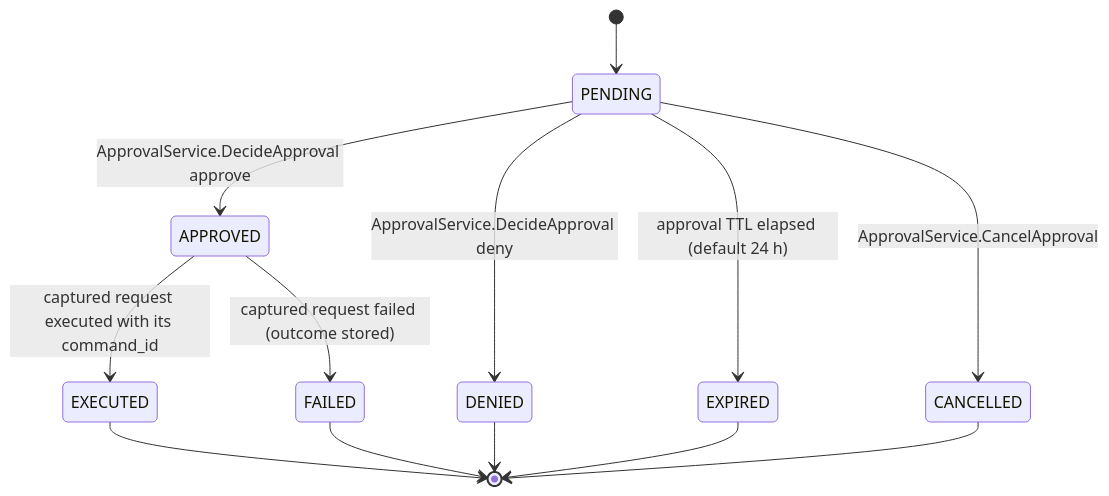
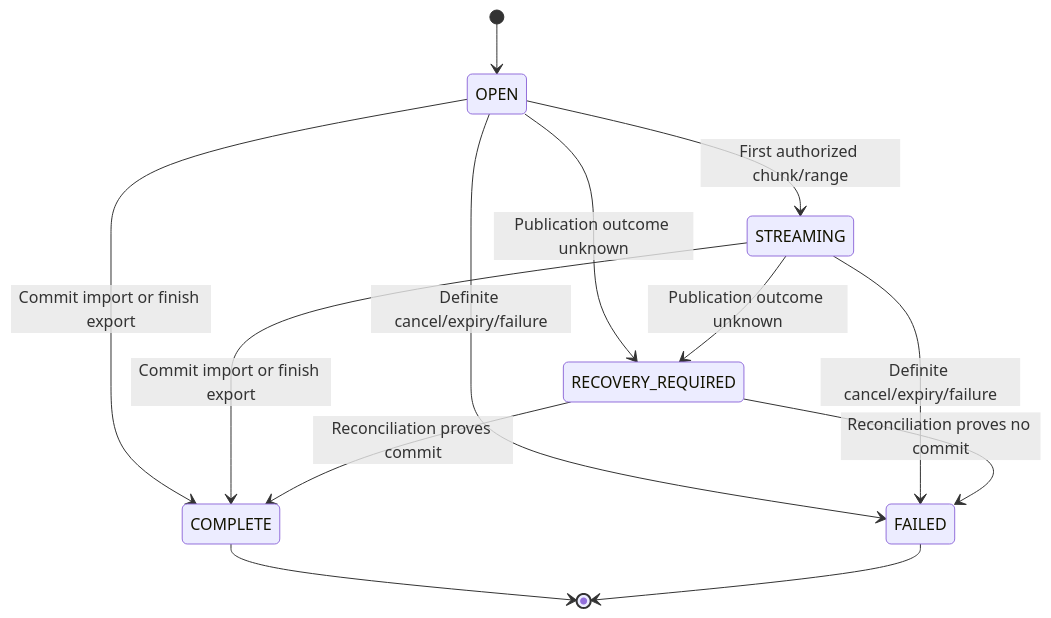
Before and after one commit to ArcForges/ArcForges-Design: the fourth of 6 diagrams in docs/state-machines/README.md, drawn with Mermaid. The commit also changed other lines of this file and 204 other files, not shown here.

````diff
--- a/docs/state-machines/README.md
+++ b/docs/state-machines/README.md
@@ -477,15 +119,15 @@
 ```mermaid
 stateDiagram-v2
-  [*] --> PENDING
-  PENDING --> APPROVED : ApprovalService.DecideApproval approve
-  APPROVED --> EXECUTED : captured request executed with its command_id
-  APPROVED --> FAILED : captured request failed (outcome stored)
-  PENDING --> DENIED : ApprovalService.DecideApproval deny
-  PENDING --> EXPIRED : approval TTL elapsed (default 24 h)
-  PENDING --> CANCELLED : ApprovalService.CancelApproval
-  EXECUTED --> [*]
+  [*] --> OPEN
+  OPEN --> STREAMING : First authorized chunk/range
+  OPEN --> COMPLETE : Commit import or finish export
+  STREAMING --> COMPLETE : Commit import or finish export
+  OPEN --> FAILED : Definite cancel/expiry/failure
+  STREAMING --> FAILED : Definite cancel/expiry/failure
+  OPEN --> RECOVERY_REQUIRED : Publication outcome unknown
+  STREAMING --> RECOVERY_REQUIRED : Publication outcome unknown
+  RECOVERY_REQUIRED --> COMPLETE : Reconciliation proves commit
+  RECOVERY_REQUIRED --> FAILED : Reconciliation proves no commit
+  COMPLETE --> [*]
   FAILED --> [*]
-  DENIED --> [*]
-  EXPIRED --> [*]
-  CANCELLED --> [*]
 ```
````
